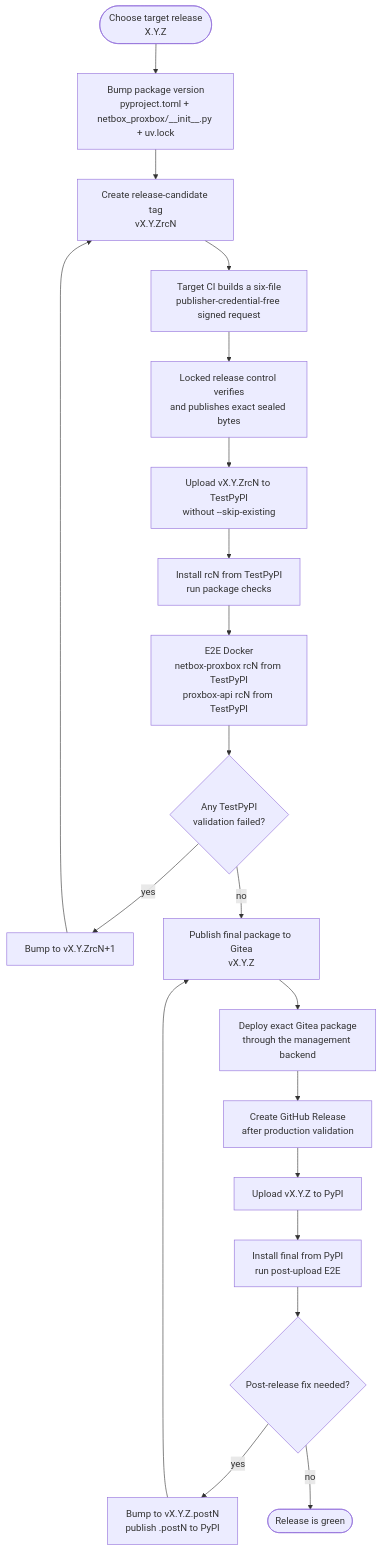
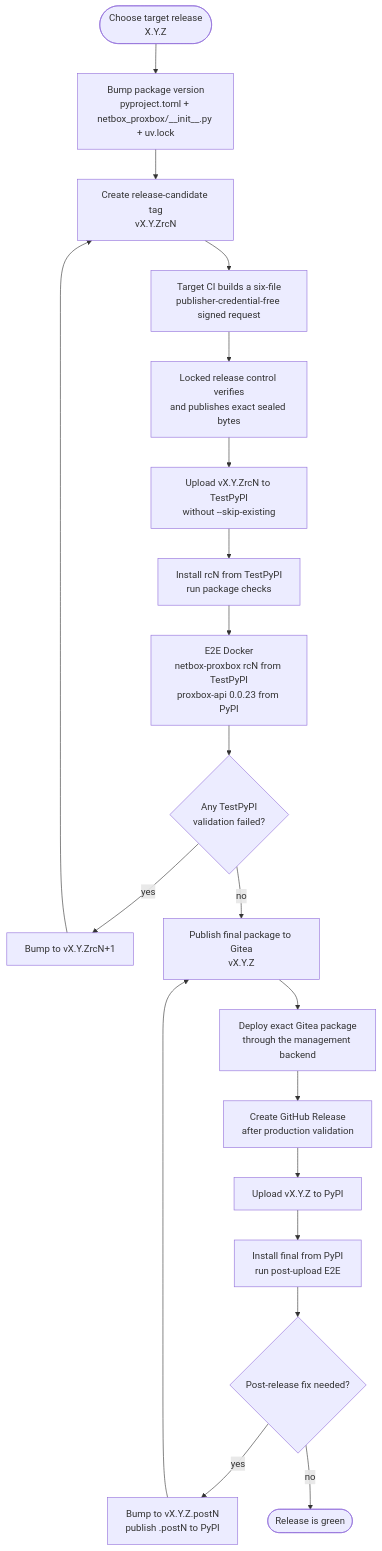
One commit to emersonfelipesp/netbox-proxbox changed the first of 2 diagrams in docs/developer/release-publishing.md. Above: the diagram before and after it, drawn with Mermaid. The commit also changed other lines of this file and 194 other files, not shown here.

````diff
--- a/docs/developer/release-publishing.md
+++ b/docs/developer/release-publishing.md
@@ -13,27 +13,27 @@
 ```mermaid
 flowchart TD
     Start([Choose target release\nX.Y.Z])
     Bump[Bump package version\npyproject.toml + netbox_proxbox/__init__.py + uv.lock]
     RCTag[Create release-candidate tag\nvX.Y.ZrcN]
     RCCI[Target CI builds a six-file\npublisher-credential-free signed request]
     Control[Locked release control verifies\nand publishes exact sealed bytes]
     RCUpload[Upload vX.Y.ZrcN to TestPyPI\nwithout --skip-existing]
     RCValidate[Install rcN from TestPyPI\nrun package checks]
-    RCE2E[E2E Docker\nnetbox-proxbox rcN from TestPyPI\nproxbox-api rcN from TestPyPI]
+    RCE2E[E2E Docker\nnetbox-proxbox rcN from TestPyPI\nproxbox-api 0.0.23 from PyPI]
     RCFailed{Any TestPyPI\nvalidation failed?}
     NextRC[Bump to vX.Y.ZrcN+1]
     FinalPrivate[Publish final package to Gitea\nvX.Y.Z]
     Deploy[Deploy exact Gitea package\nthrough the management backend]
     PublicRelease[Create GitHub Release\nafter production validation]
     FinalUpload[Upload vX.Y.Z to PyPI]
     FinalValidate[Install final from PyPI\nrun post-upload E2E]
     FinalFailed{Post-release fix needed?}
     Post[Bump to vX.Y.Z.postN\npublish .postN to PyPI]
     Done([Release is green])
 
     Start --> Bump --> RCTag --> RCCI --> Control --> RCUpload --> RCValidate --> RCE2E --> RCFailed
     RCFailed -- yes --> NextRC --> RCTag
     RCFailed -- no --> FinalPrivate --> Deploy --> PublicRelease --> FinalUpload --> FinalValidate --> FinalFailed
     FinalFailed -- yes --> Post --> FinalPrivate
     FinalFailed -- no --> Done
 ```
````
